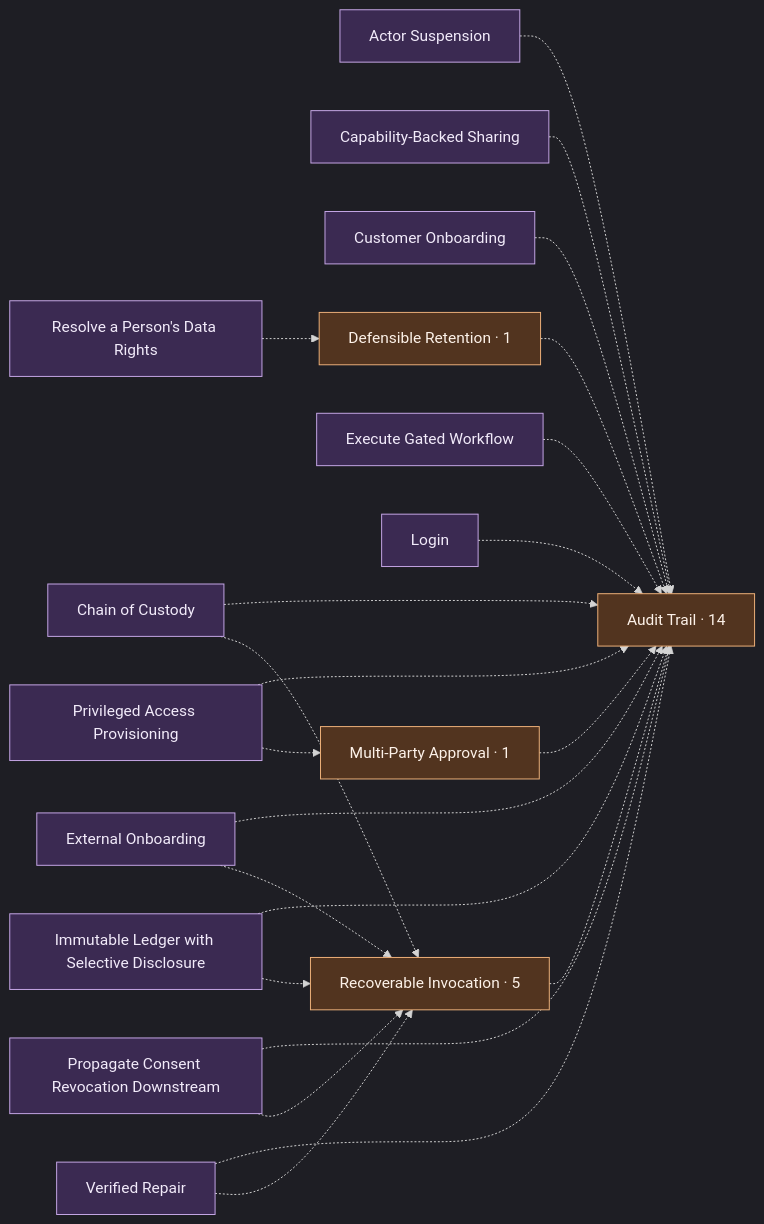
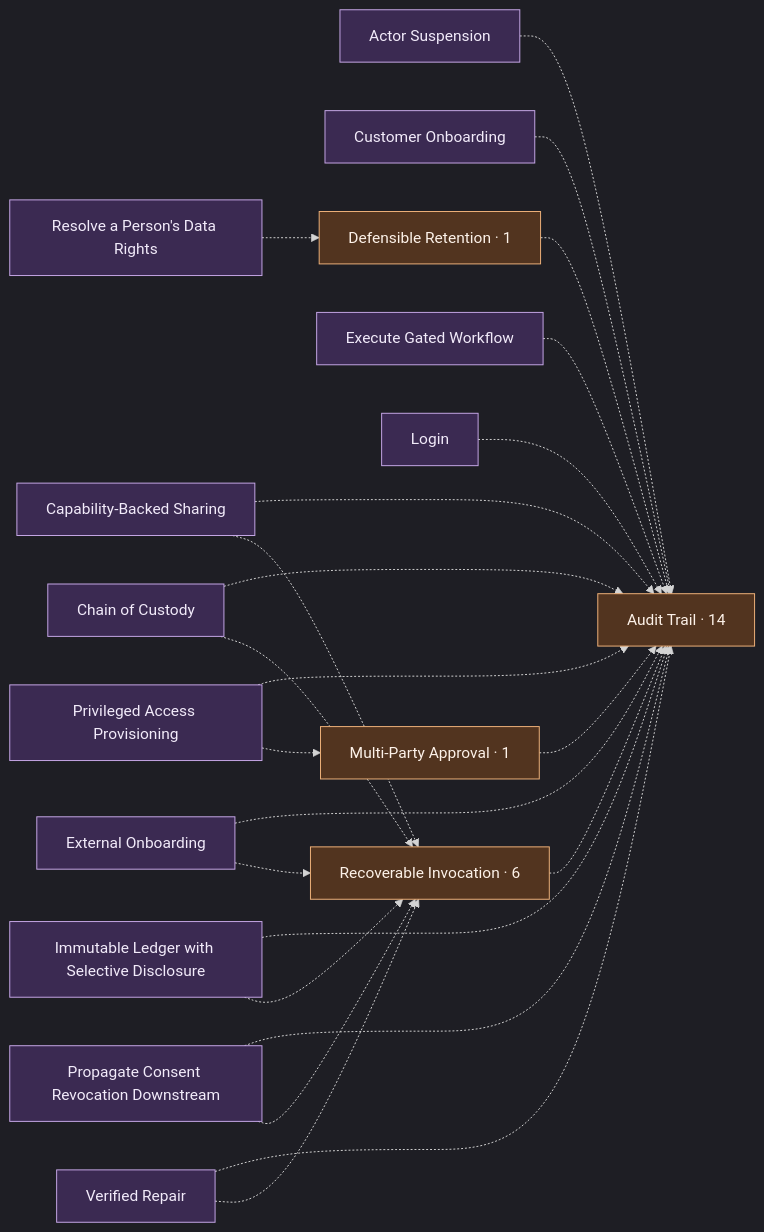
One commit to scottromack/grace-commons changed the first of 2 diagrams in graph.md. Above: the diagram before and after it, drawn with Mermaid. The commit also changed other lines of this file and 52 other files, not shown here.

First line of the commit message:
Capability-Backed Sharing: composes Recoverable Invocation

````diff
--- a/graph.md
+++ b/graph.md
@@ -78,45 +78,46 @@
 ```mermaid
 %%{init: {"theme": "dark", "flowchart": {"htmlLabels": true}} }%%
 flowchart LR
   actor_suspension["Actor Suspension"]
   audit_trail["Audit Trail · 14"]
   capability_backed_sharing["Capability-Backed Sharing"]
   chain_of_custody["Chain of Custody"]
   customer_onboarding["Customer Onboarding"]
   defensible_retention["Defensible Retention · 1"]
   execute_gated_workflow["Execute Gated Workflow"]
   external_onboarding["External Onboarding"]
   immutable_ledger["Immutable Ledger with Selective Disclosure"]
   login["Login"]
   multi_party_approval["Multi-Party Approval · 1"]
   privileged_access_provisioning["Privileged Access Provisioning"]
   propagate_consent_revocation_downstream["Propagate Consent Revocation Downstream"]
-  recoverable_invocation["Recoverable Invocation · 5"]
+  recoverable_invocation["Recoverable Invocation · 6"]
   resolve_a_persons_data_rights["Resolve a Person's Data Rights"]
   verified_repair["Verified Repair"]
   actor_suspension -.-> audit_trail
   capability_backed_sharing -.-> audit_trail
+  capability_backed_sharing -.-> recoverable_invocation
   chain_of_custody -.-> audit_trail
   chain_of_custody -.-> recoverable_invocation
   customer_onboarding -.-> audit_trail
   defensible_retention -.-> audit_trail
   execute_gated_workflow -.-> audit_trail
   external_onboarding -.-> audit_trail
   external_onboarding -.-> recoverable_invocation
   immutable_ledger -.-> audit_trail
   immutable_ledger -.-> recoverable_invocation
   login -.-> audit_trail
   multi_party_approval -.-> audit_trail
   privileged_access_provisioning -.-> audit_trail
   privileged_access_provisioning -.-> multi_party_approval
   propagate_consent_revocation_downstream -.-> audit_trail
   propagate_consent_revocation_downstream -.-> recoverable_invocation
   recoverable_invocation -.-> audit_trail
   resolve_a_persons_data_rights -.-> defensible_retention
   verified_repair -.-> audit_trail
   verified_repair -.-> recoverable_invocation
   classDef comp fill:#3b2a52,stroke:#c7a8e8,color:#f2ebfa;
   classDef spine fill:#52341f,stroke:#f0b27a,color:#fdf2e9;
   class actor_suspension,audit_trail,capability_backed_sharing,chain_of_custody,customer_onboarding,defensible_retention,execute_gated_workflow,external_onboarding,immutable_ledger,login,multi_party_approval,privileged_access_provisioning,propagate_consent_revocation_downstream,recoverable_invocation,resolve_a_persons_data_rights,verified_repair comp;
   class audit_trail,defensible_retention,multi_party_approval,recoverable_invocation spine;
 ```
````
